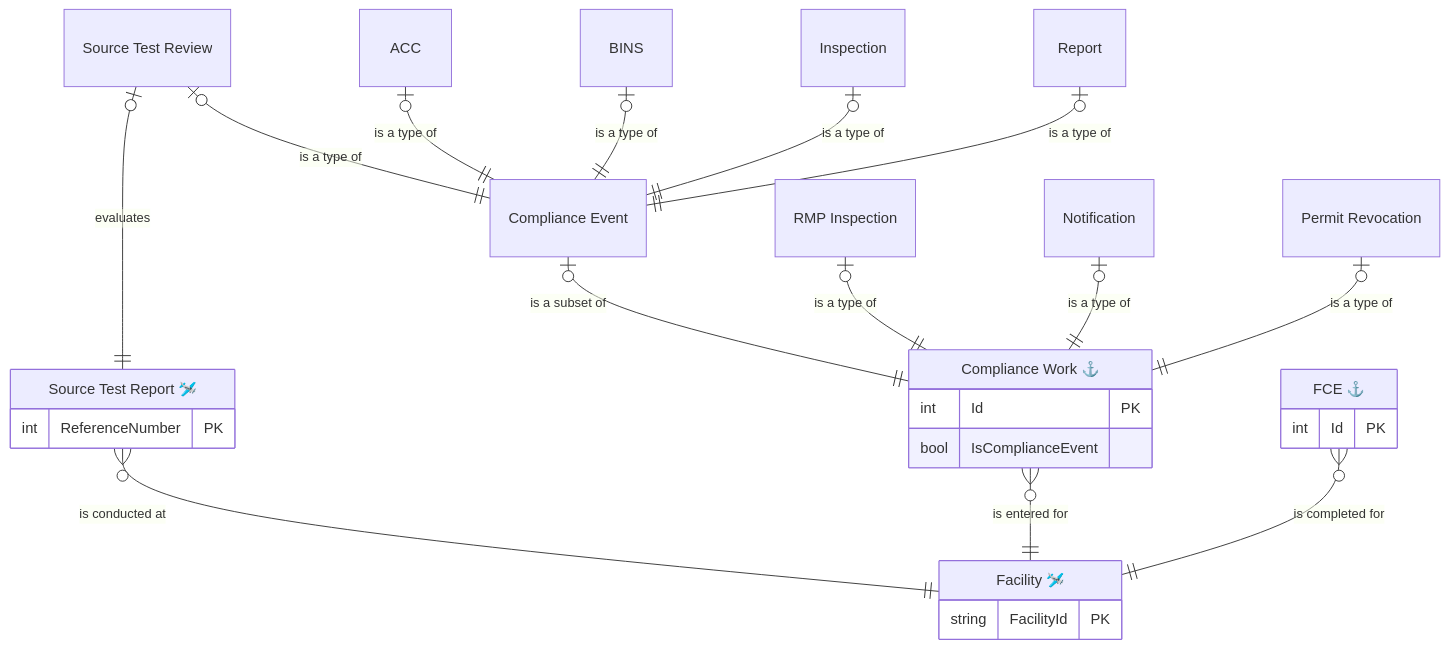
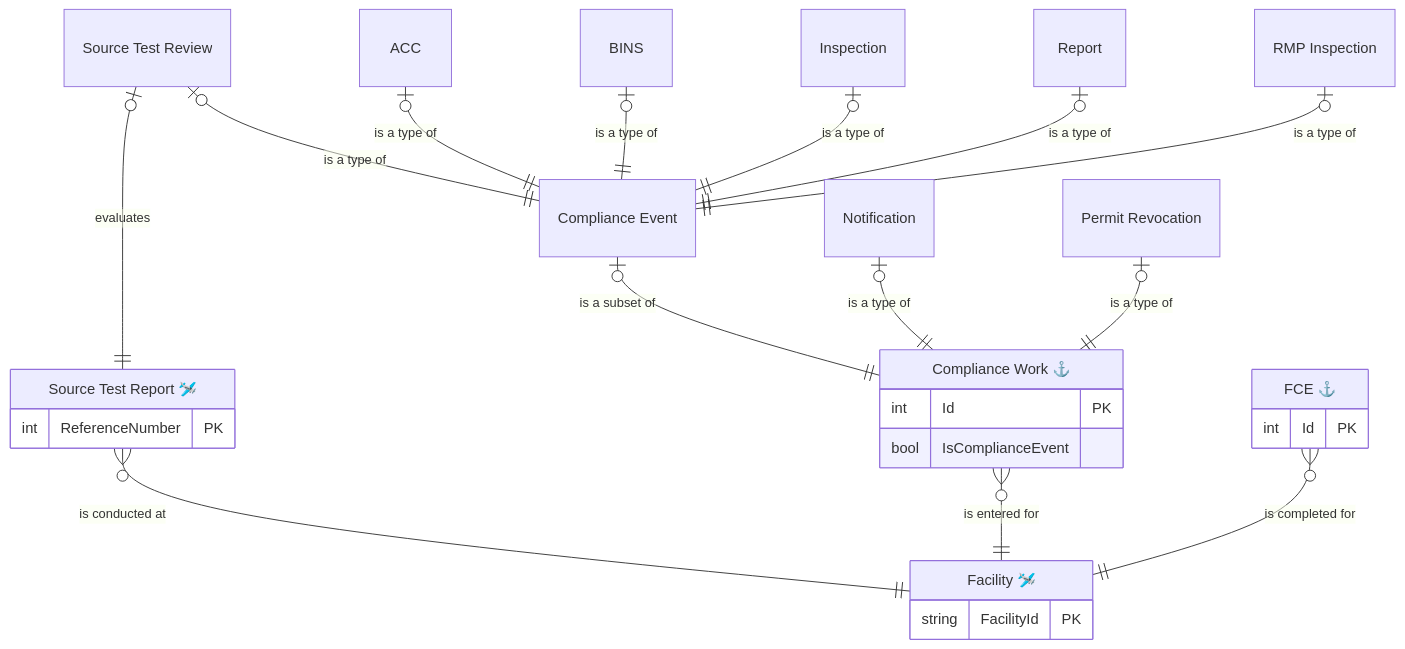
The first of 8 diagrams in docs/Data-entities/Compliance-Monitoring-ERDs.md (gaepdit/air-web), drawn with Mermaid before and after one commit. The commit also changed 5 other files, not shown here.

````diff
--- a/docs/Data-entities/Compliance-Monitoring-ERDs.md
+++ b/docs/Data-entities/Compliance-Monitoring-ERDs.md
@@ -5,42 +5,42 @@
 ```mermaid
 erDiagram
     FAC["Facility 🛩️"] {
         string FacilityId PK
     }
 
     TST["Source Test Report 🛩️"] {
         int ReferenceNumber PK
     }
 
     FCE["FCE ⚓"] {
         int Id PK
     }
 
     WRK["Compliance Work ⚓"] {
         int Id PK
         bool IsComplianceEvent
     }
 
     CME["Compliance Event"]
     STR["Source Test Review"]
     ACC["ACC"]
     INS["Inspection"]
     RMP["RMP Inspection"]
     REP["Report"]
     NOT["Notification"]
     REV["Permit Revocation"]
     STR |o--|| CME: "is a type of"
     ACC |o--|| CME: "is a type of"
     BINS |o--|| CME: "is a type of"
     INS |o--|| CME: "is a type of"
     REP |o--|| CME: "is a type of"
     CME |o--|| WRK: "is a subset of"
-    RMP |o--|| WRK: "is a type of"
+    RMP |o--|| CME: "is a type of"
     NOT |o--|| WRK: "is a type of"
     REV |o--|| WRK: "is a type of"
     STR |o--|| TST: "evaluates"
     TST }o--|| FAC: "is conducted at"
     WRK }o--|| FAC: "is entered for"
     FCE }o--|| FAC: "is completed for"
 
 ```
````
